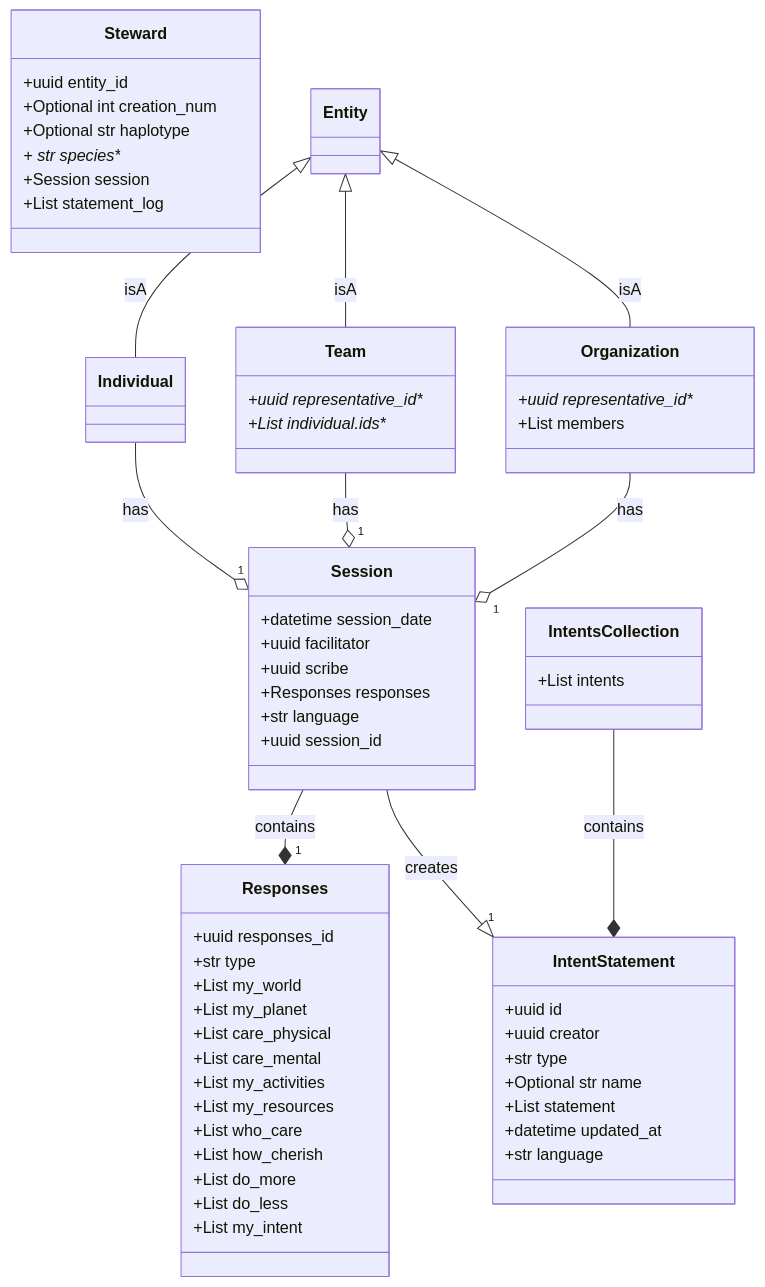
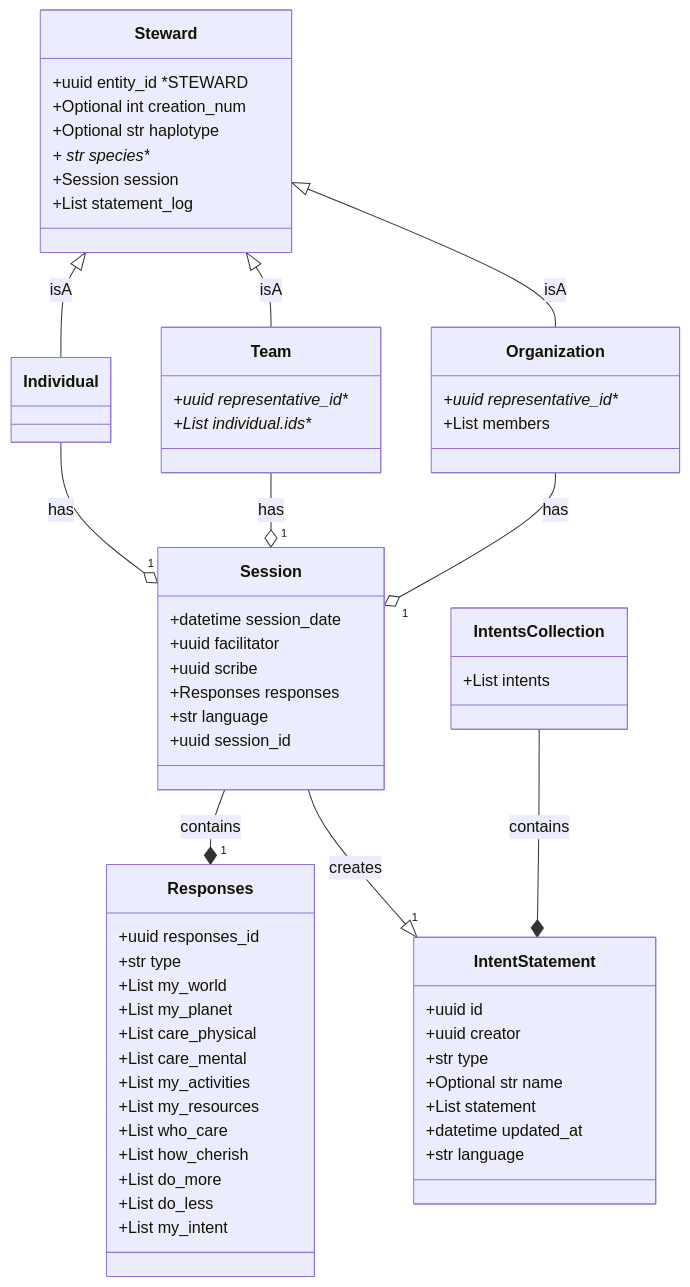
Before and after one commit to drew-wks/intent-for-the-planet: the diagram in docs/data_models_diagram.md, drawn with Mermaid.

````diff
--- a/docs/data_models_diagram.md
+++ b/docs/data_models_diagram.md
@@ -5,66 +5,66 @@
 ```mermaid
 classDiagram
     class Steward {
-        +uuid entity_id
+        +uuid entity_id *STEWARD
         +Optional int creation_num
         +Optional str haplotype
         + str species**
         +Session session
         +List statement_log
     }
     class Individual {
     }
     class Team {
         +uuid representative_id**
         +List individual.ids**
     }
     class Organization {
         +uuid representative_id**
         +List members
     }
     class Session {
         +datetime session_date
         +uuid facilitator
         +uuid scribe
         +Responses responses
         +str language
         +uuid session_id
     }
     class Responses {
         +uuid responses_id
         +str type
         +List my_world
         +List my_planet
         +List care_physical
         +List care_mental
         +List my_activities
         +List my_resources
         +List who_care
         +List how_cherish
         +List do_more
         +List do_less
         +List my_intent
     }
     class IntentStatement {
         +uuid id
         +uuid creator
         +str type
         +Optional str name
         +List statement
         +datetime updated_at
         +str language
     }
     class IntentsCollection {
         +List intents
     }
     IntentsCollection --* IntentStatement : contains
     Session --* "1" Responses : contains
-    Entity <|-- Individual : isA
-    Entity <|-- Team : isA
-    Entity <|-- Organization : isA
+    Steward <|-- Individual : isA
+    Steward <|-- Team : isA
+    Steward <|-- Organization : isA
     Session--|> "1" IntentStatement : creates
     Individual --o "1" Session : has
     Team --o "1" Session : has
     Organization --o "1" Session : has
 
 ```
````
